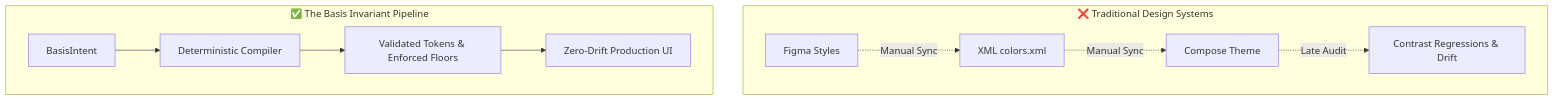
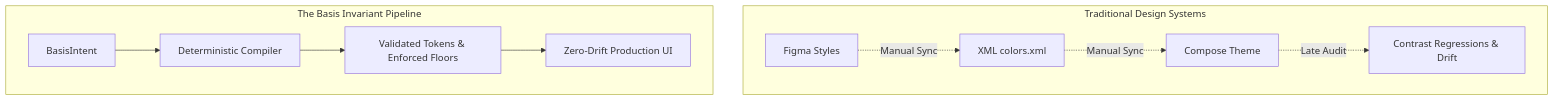
Before and after one commit to alph-a07/basis: the diagram in docs/docs-site/src/content/docs/theming/philosophy.mdx, drawn with Mermaid. The commit also changed 8 other files, not shown here.

Commit message:
fix(docs): resolve mermaid code block selector and render interactive diagrams

````diff
--- a/docs/docs-site/src/content/docs/theming/philosophy.mdx
+++ b/docs/docs-site/src/content/docs/theming/philosophy.mdx
@@ -11,14 +11,14 @@
 ```mermaid
 flowchart TD
-    subgraph Traditional["❌ Traditional Design Systems"]
+    subgraph Traditional["Traditional Design Systems"]
         T1["Figma Styles"] -.->|Manual Sync| T2["XML colors.xml"]
         T2 -.->|Manual Sync| T3["Compose Theme"]
         T3 -.->|Late Audit| T4["Contrast Regressions & Drift"]
     end
 
-    subgraph BasisEngine["✅ The Basis Invariant Pipeline"]
+    subgraph BasisEngine["The Basis Invariant Pipeline"]
         B1["BasisIntent"] --> B2["Deterministic Compiler"]
         B2 --> B3["Validated Tokens & Enforced Floors"]
         B3 --> B4["Zero-Drift Production UI"]
     end
 ```
````
